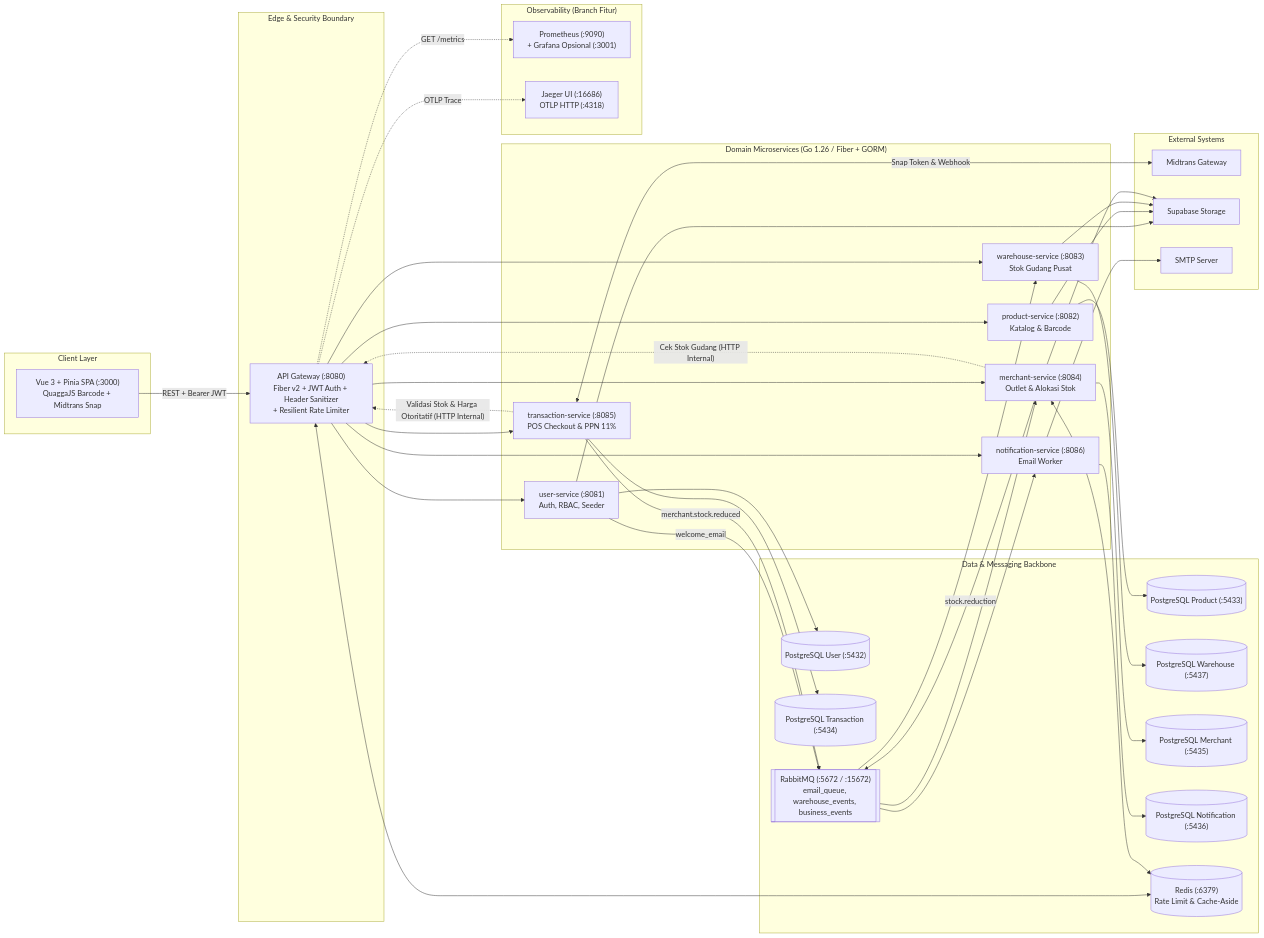
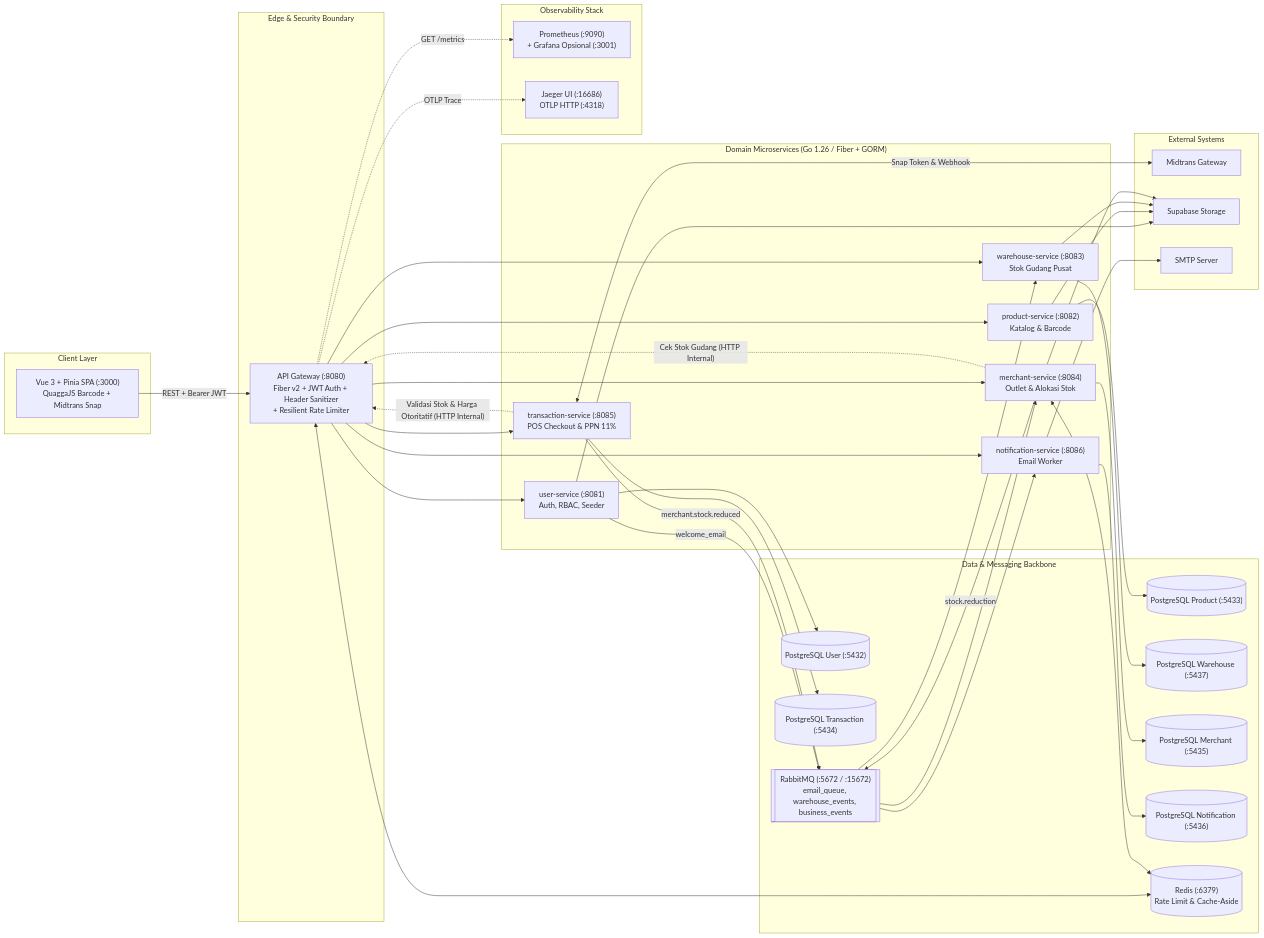
One commit to odealidj/Golang-Microservices-Vue-Warehouse-POS changed the second of 2 diagrams in README.md. Above: the diagram before and after it, drawn with Mermaid. The commit also changed other lines of this file and 7 other files, not shown here.

````diff
--- a/README.md
+++ b/README.md
@@ -82,81 +82,81 @@
 ```mermaid
 flowchart LR
     subgraph CLIENT["Client Layer"]
         UI["Vue 3 + Pinia SPA (:3000)<br/>QuaggaJS Barcode + Midtrans Snap"]
     end
 
     subgraph EDGE["Edge & Security Boundary"]
         GW["API Gateway (:8080)<br/>Fiber v2 + JWT Auth + Header Sanitizer<br/>+ Resilient Rate Limiter"]
     end
 
     subgraph SERVICES["Domain Microservices (Go 1.26 / Fiber + GORM)"]
         US["user-service (:8081)<br/>Auth, RBAC, Seeder"]
         PS["product-service (:8082)<br/>Katalog & Barcode"]
         WS["warehouse-service (:8083)<br/>Stok Gudang Pusat"]
         MS["merchant-service (:8084)<br/>Outlet & Alokasi Stok"]
         TS["transaction-service (:8085)<br/>POS Checkout & PPN 11%"]
         NS["notification-service (:8086)<br/>Email Worker"]
     end
 
     subgraph DATA["Data & Messaging Backbone"]
         DB1[("PostgreSQL User (:5432)")]
         DB2[("PostgreSQL Product (:5433)")]
         DB3[("PostgreSQL Warehouse (:5437)")]
         DB4[("PostgreSQL Merchant (:5435)")]
         DB5[("PostgreSQL Transaction (:5434)")]
         DB6[("PostgreSQL Notification (:5436)")]
         REDIS[("Redis (:6379)<br/>Rate Limit & Cache-Aside")]
         RMQ[["RabbitMQ (:5672 / :15672)<br/>email_queue, warehouse_events, business_events"]]
     end
 
     subgraph EXT["External Systems"]
         MID["Midtrans Gateway"]
         SUP["Supabase Storage"]
         SMTP["SMTP Server"]
     end
 
-    subgraph OBS["Observability (Branch Fitur)"]
+    subgraph OBS["Observability Stack"]
         PROM["Prometheus (:9090)<br/>+ Grafana Opsional (:3001)"]
         JAEGER["Jaeger UI (:16686)<br/>OTLP HTTP (:4318)"]
     end
 
     UI -->|"REST + Bearer JWT"| GW
 
     GW --> US
     GW --> PS
     GW --> WS
     GW --> MS
     GW --> TS
     GW --> NS
 
     MS -.->|"Cek Stok Gudang (HTTP Internal)"| GW
     TS -.->|"Validasi Stok & Harga Otoritatif (HTTP Internal)"| GW
 
     US --> DB1
     PS --> DB2
     WS --> DB3
     MS --> DB4
     TS --> DB5
     NS --> DB6
 
     GW <--> REDIS
     MS <--> REDIS
 
     US -->|"welcome_email"| RMQ
     MS -->|"stock.reduction"| RMQ
     TS -->|"merchant.stock.reduced"| RMQ
 
     RMQ --> NS
     RMQ --> WS
     RMQ --> MS
 
     TS <-->|"Snap Token & Webhook"| MID
     US --> SUP
     PS --> SUP
     WS --> SUP
     MS --> SUP
     NS --> SMTP
 
     GW -.->|"GET /metrics"| PROM
     GW -.->|"OTLP Trace"| JAEGER
 ```
````
